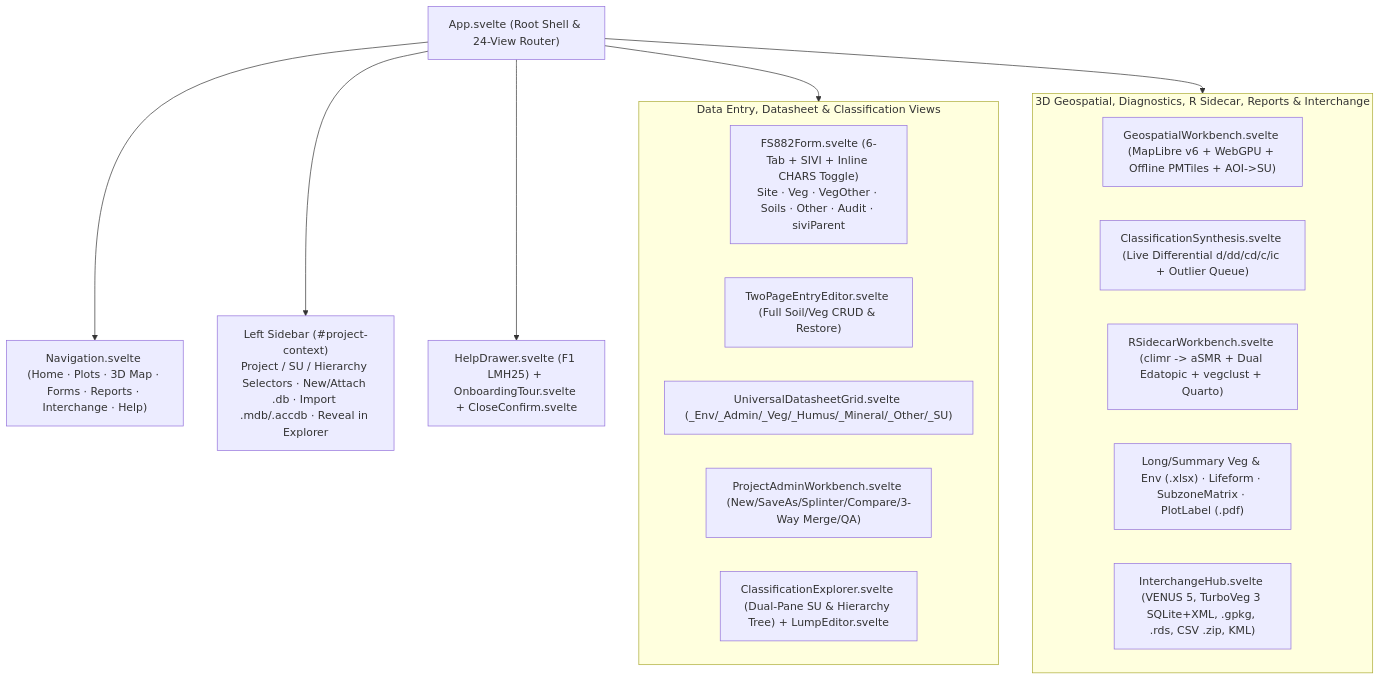
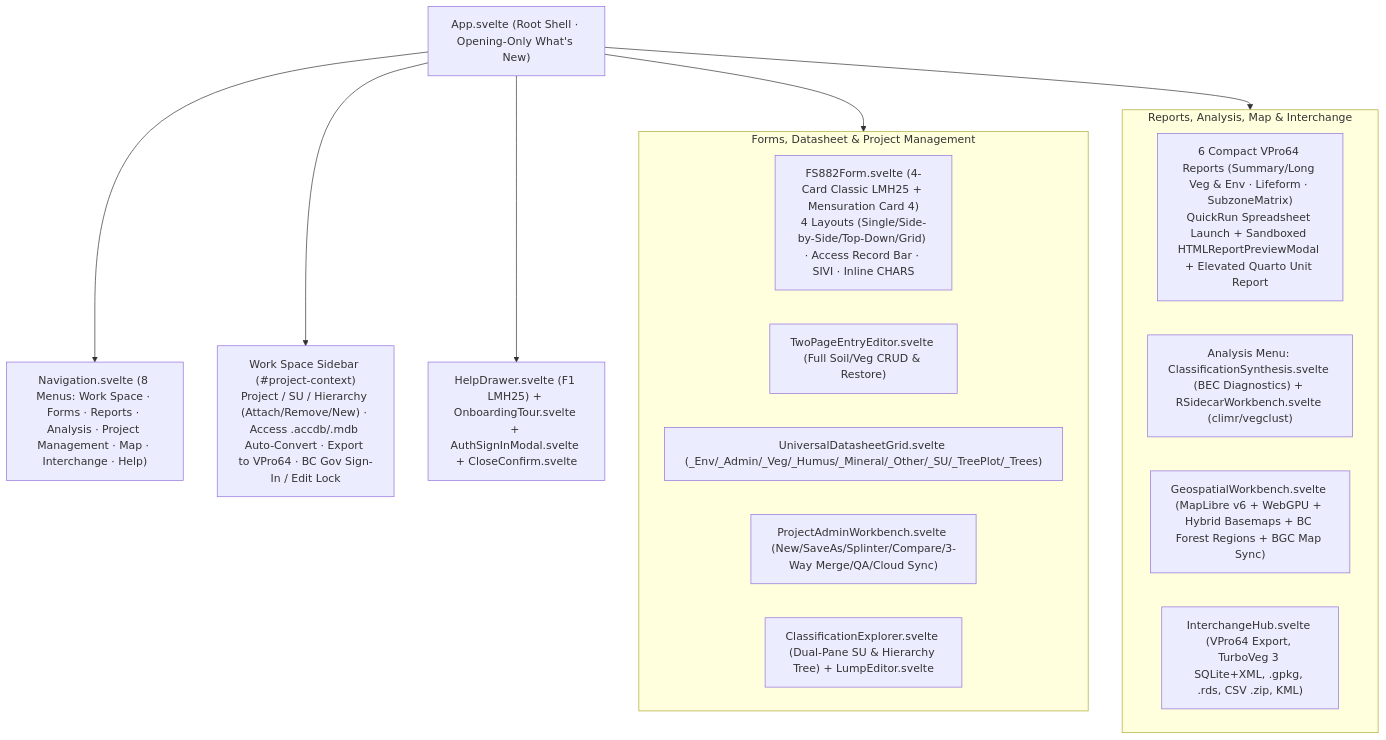
The fourth of 4 diagrams in okf/02_present_state/system_architecture.md (Boostao/vpro), drawn with Mermaid before and after one commit. The commit also changed other lines of this file and 11 other files, not shown here.

Commit message:
docs(okf,docs-src): add v2.1.0-preview whats_new, VPro64 copy, and D-15 OKF sync

````diff
--- a/okf/02_present_state/system_architecture.md
+++ b/okf/02_present_state/system_architecture.md
@@ -187,30 +188,29 @@
 ```mermaid
 flowchart TD
-    App["App.svelte (Root Shell & 24-View Router)"]
-    Nav["Navigation.svelte (Home · Plots · 3D Map · Forms · Reports · Interchange · Help)"]
-    Side["Left Sidebar (#project-context)<br/>Project / SU / Hierarchy Selectors · New/Attach .db · Import .mdb/.accdb · Reveal in Explorer"]
-    Help["HelpDrawer.svelte (F1 LMH25) + OnboardingTour.svelte + CloseConfirm.svelte"]
+    App["App.svelte (Root Shell · Opening-Only What's New)"]
+    Nav["Navigation.svelte (8 Menus: Work Space · Forms · Reports · Analysis · Project Management · Map · Interchange · Help)"]
+    Side["Work Space Sidebar (#project-context)<br/>Project / SU / Hierarchy (Attach/Remove/New) · Access .accdb/.mdb Auto-Convert · Export to VPro64 · BC Gov Sign-In / Edit Lock"]
+    Help["HelpDrawer.svelte (F1 LMH25) + OnboardingTour.svelte + AuthSignInModal.svelte + CloseConfirm.svelte"]
 
     App --> Nav
     App --> Side
     App --> Help
 
-    subgraph Editors["Data Entry, Datasheet & Classification Views"]
-        FS882["FS882Form.svelte (6-Tab + SIVI + Inline CHARS Toggle)<br/>Site · Veg · VegOther · Soils · Other · Audit · siviParent"]
+    subgraph Editors["Forms, Datasheet & Project Management"]
+        FS882["FS882Form.svelte (4-Card Classic LMH25 + Mensuration Card 4)<br/>4 Layouts (Single/Side-by-Side/Top-Down/Grid) · Access Record Bar · SIVI · Inline CHARS"]
         TwoPage["TwoPageEntryEditor.svelte (Full Soil/Veg CRUD & Restore)"]
-        Grid["UniversalDatasheetGrid.svelte (_Env/_Admin/_Veg/_Humus/_Mineral/_Other/_SU)"]
-        ProjAdm["ProjectAdminWorkbench.svelte (New/SaveAs/Splinter/Compare/3-Way Merge/QA)"]
+        Grid["UniversalDatasheetGrid.svelte (_Env/_Admin/_Veg/_Humus/_Mineral/_Other/_SU/_TreePlot/_Trees)"]
+        ProjAdm["ProjectAdminWorkbench.svelte (New/SaveAs/Splinter/Compare/3-Way Merge/QA/Cloud Sync)"]
         ClassEx["ClassificationExplorer.svelte (Dual-Pane SU & Hierarchy Tree) + LumpEditor.svelte"]
     end
 
-    subgraph Synthesis["3D Geospatial, Diagnostics, R Sidecar, Reports & Interchange"]
-        Map3D["GeospatialWorkbench.svelte (MapLibre v6 + WebGPU + Offline PMTiles + AOI->SU)"]
-        Diag["ClassificationSynthesis.svelte (Live Differential d/dd/cd/c/ic + Outlier Queue)"]
-        RSide["RSidecarWorkbench.svelte (climr -> aSMR + Dual Edatopic + vegclust + Quarto)"]
-        VegEnv["Long/Summary Veg & Env (.xlsx) · Lifeform · SubzoneMatrix · PlotLabel (.pdf)"]
-        Hub["InterchangeHub.svelte (VENUS 5, TurboVeg 3 SQLite+XML, .gpkg, .rds, CSV .zip, KML)"]
+    subgraph Synthesis["Reports, Analysis, Map & Interchange"]
+        VegEnv["6 Compact VPro64 Reports (Summary/Long Veg & Env · Lifeform · SubzoneMatrix)<br/>QuickRun Spreadsheet Launch + Sandboxed HTMLReportPreviewModal + Elevated Quarto Unit Report"]
+        Diag["Analysis Menu: ClassificationSynthesis.svelte (BEC Diagnostics) + RSidecarWorkbench.svelte (climr/vegclust)"]
+        Map3D["GeospatialWorkbench.svelte (MapLibre v6 + WebGPU + Hybrid Basemaps + BC Forest Regions + BGC Map Sync)"]
+        Hub["InterchangeHub.svelte (VPro64 Export, TurboVeg 3 SQLite+XML, .gpkg, .rds, CSV .zip, KML)"]
     end
 
     App --> Editors
     App --> Synthesis
 ```
````
